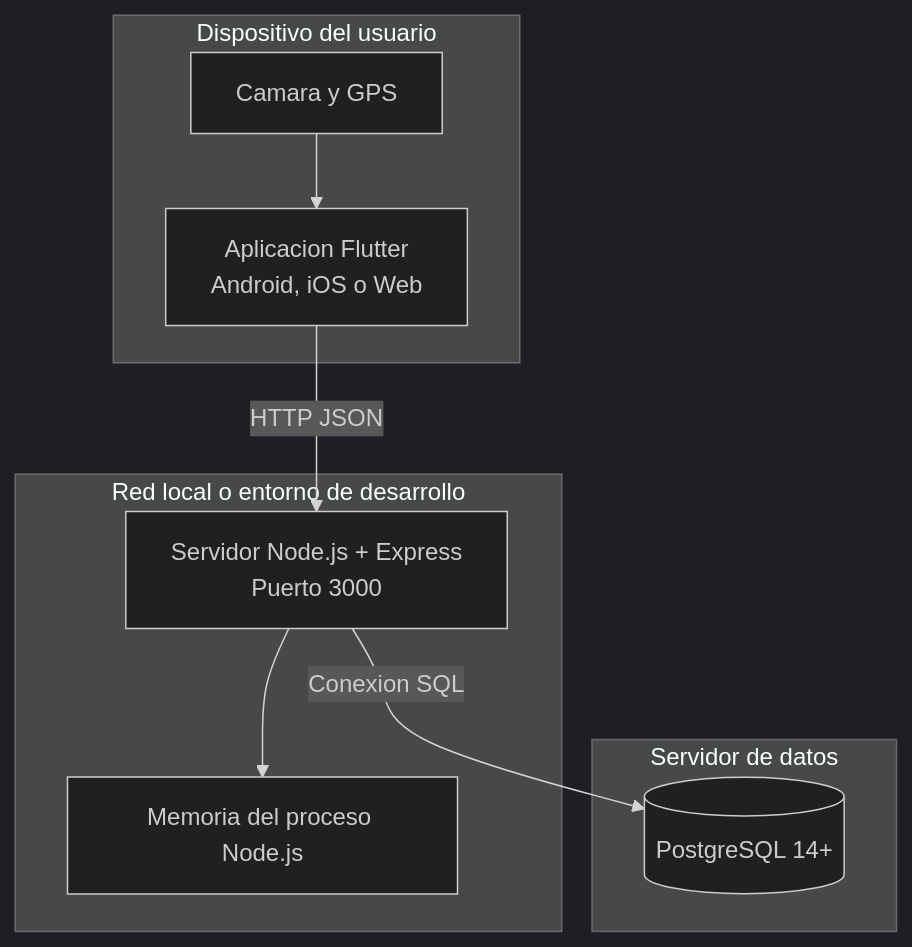
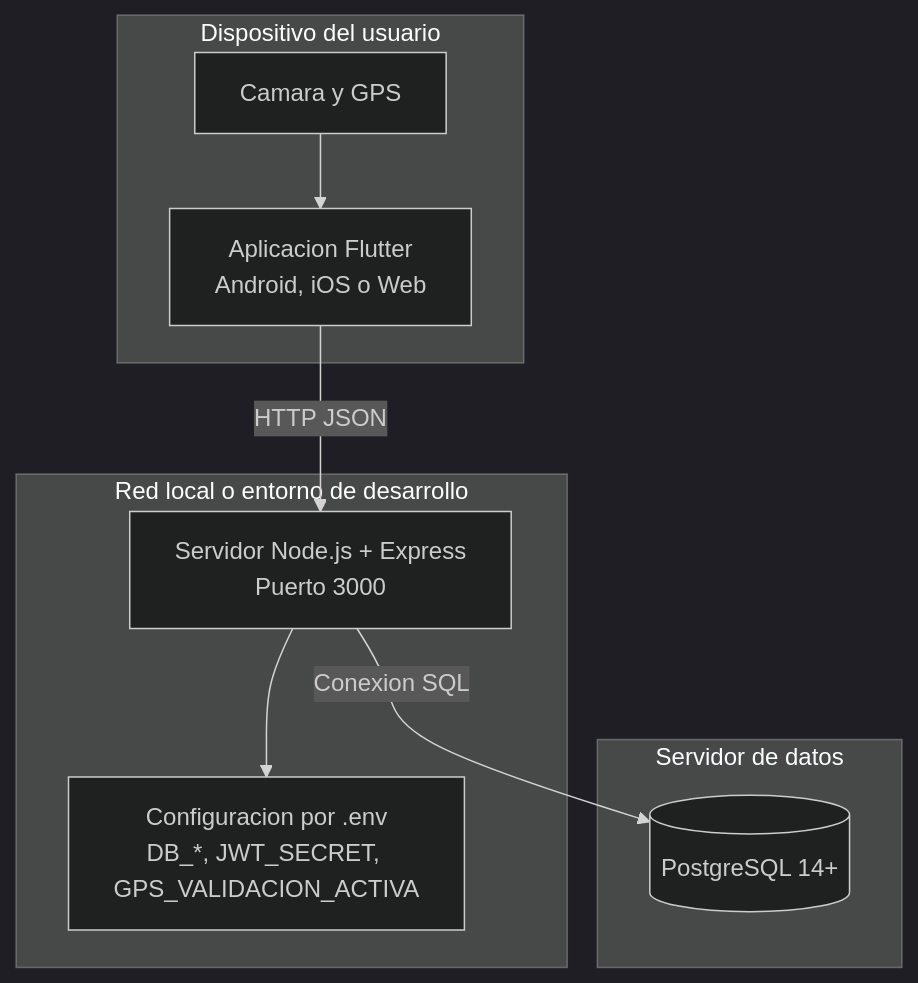
The third of 11 diagrams in diagramas_mermaid_srs.md (GVal24/switch), drawn with Mermaid (dark theme) before and after one commit. The commit also changed other lines of this file and 15 other files, not shown here.

````diff
--- a/diagramas_mermaid_srs.md
+++ b/diagramas_mermaid_srs.md
@@ -67,21 +80,21 @@
 ```mermaid
 flowchart TB
     subgraph dispositivo[Dispositivo del usuario]
         app[Aplicacion Flutter\nAndroid, iOS o Web]
         sensores[Camara y GPS]
     end
 
     subgraph red[Red local o entorno de desarrollo]
         api[Servidor Node.js + Express\nPuerto 3000]
-        runtime[Memoria del proceso Node.js]
+        config[Configuracion por .env\nDB_*, JWT_SECRET, GPS_VALIDACION_ACTIVA]
     end
 
     subgraph datos[Servidor de datos]
         db[(PostgreSQL 14+)]
     end
 
     app -->|HTTP JSON| api
     sensores --> app
-    api --> runtime
+    api --> config
     api -->|Conexion SQL| db
 ```
````
